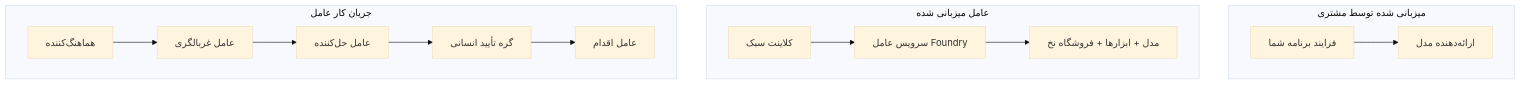
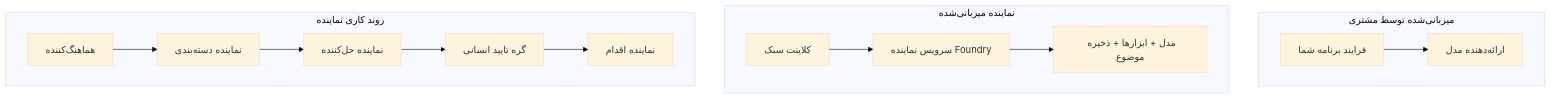
Before and after one commit to gabrielmoreira/agent-skills-mirror: the first of 4 diagrams in mirrors/repos/microsoft@ai-agents-for-beginners/translations/fa/16-deploying-scalable-agents/README.md, drawn with Mermaid (base theme). The commit also changed other lines of this file and 4262 other files, not shown here.

````diff
--- a/mirrors/repos/microsoft@ai-agents-for-beginners/translations/fa/16-deploying-scalable-agents/README.md
+++ b/mirrors/repos/microsoft@ai-agents-for-beginners/translations/fa/16-deploying-scalable-agents/README.md
@@ -87,16 +87,16 @@
 ```mermaid
 flowchart TB
-    subgraph P1[میزبانی شده توسط مشتری]
+    subgraph P1[میزبانی‌شده توسط مشتری]
         A1[فرایند برنامه شما] --> M1[ارائه‌دهنده مدل]
     end
-    subgraph P2[عامل میزبانی شده]
-        A2[کلاینت سبک] --> F2[سرویس عامل Foundry]
-        F2 --> M2[مدل + ابزارها + فروشگاه نخ]
+    subgraph P2[نماینده میزبانی‌شده]
+        A2[کلاینت سبک] --> F2[سرویس نماینده Foundry]
+        F2 --> M2[مدل + ابزارها + ذخیره موضوع]
     end
-    subgraph P3[جریان کار عامل]
-        A3[هماهنگ‌کننده] --> S1[عامل غربالگری]
-        S1 --> S2[عامل حل‌کننده]
-        S2 --> H[گره تأیید انسانی]
-        H --> S3[عامل اقدام]
+    subgraph P3[روند کاری نماینده]
+        A3[هماهنگ‌کننده] --> S1[نماینده دسته‌بندی]
+        S1 --> S2[نماینده حل‌کننده]
+        S2 --> H[گره تایید انسانی]
+        H --> S3[نماینده اقدام]
     end
 ```
````
